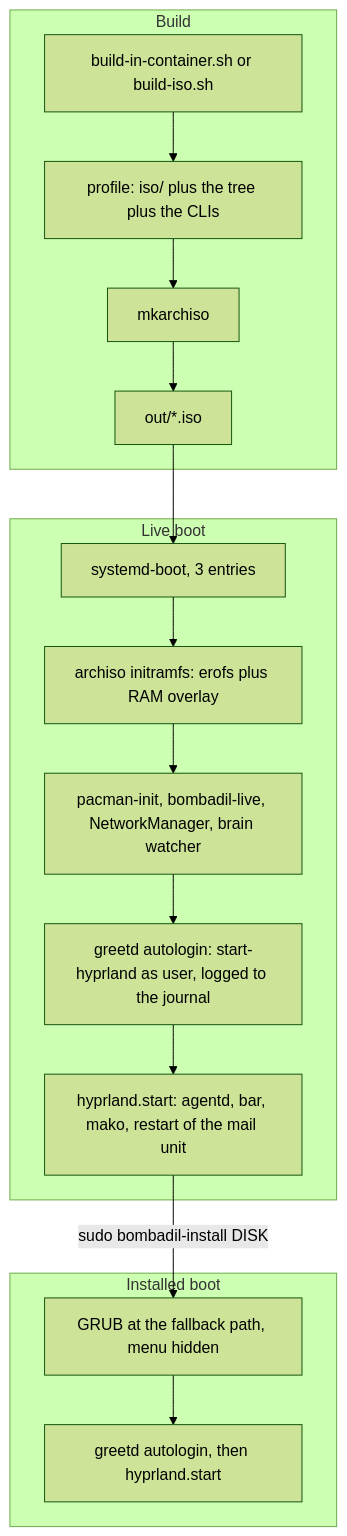
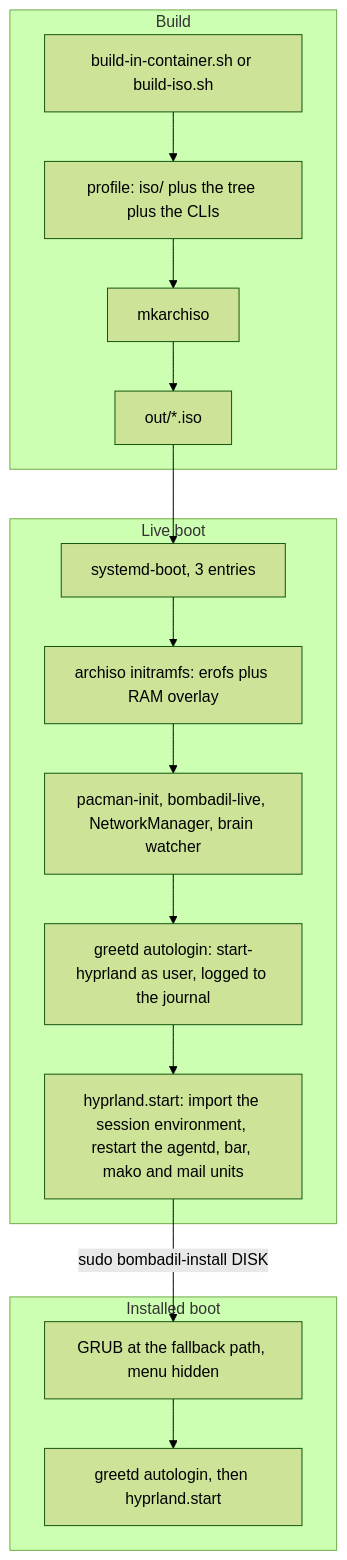
The first of 4 diagrams in docs/architecture/iso-and-install.md (thedefaultman/Bombadil), drawn with Mermaid (forest theme) before and after one commit. The commit also changed other lines of this file and 31 other files, not shown here.

````diff
--- a/docs/architecture/iso-and-install.md
+++ b/docs/architecture/iso-and-install.md
@@ -20,19 +20,19 @@
 ```mermaid
 flowchart TB
     subgraph build["Build"]
         A["build-in-container.sh or build-iso.sh"] --> B["profile: iso/ plus the tree plus the CLIs"]
         B --> C["mkarchiso"]
         C --> D["out/*.iso"]
     end
     subgraph live["Live boot"]
         E["systemd-boot, 3 entries"] --> F["archiso initramfs: erofs plus RAM overlay"]
         F --> G["pacman-init, bombadil-live, NetworkManager, brain watcher"]
         G --> H["greetd autologin: start-hyprland as user, logged to the journal"]
-        H --> I["hyprland.start: agentd, bar, mako, restart of the mail unit"]
+        H --> I["hyprland.start: import the session environment, restart the agentd, bar, mako and mail units"]
     end
     subgraph inst["Installed boot"]
         J["GRUB at the fallback path, menu hidden"] --> K["greetd autologin, then hyprland.start"]
     end
     D --> E
     I -->|"sudo bombadil-install DISK"| J
 ```
````
